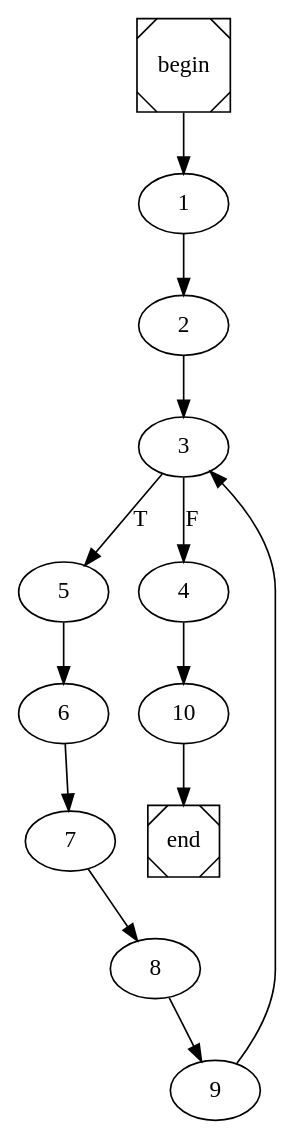
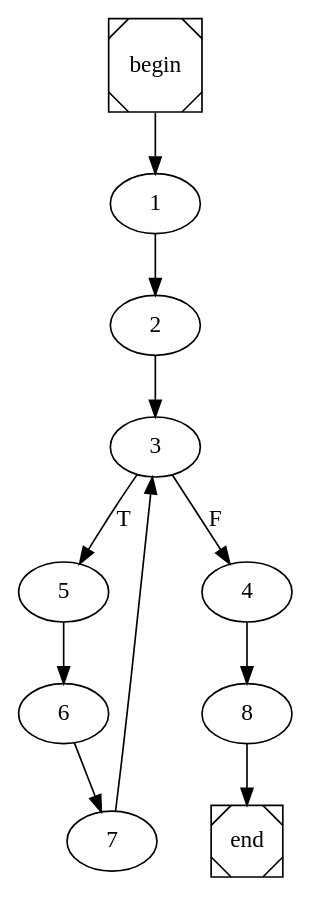
The diagram in pow_int_int.dot (arubenruben/JMM-Compiler), drawn with Graphviz before and after one commit. The commit also changed 14 other files, not shown here.

```diff
--- a/pow_int_int.dot
+++ b/pow_int_int.dot
@@ -1,4 +1,4 @@
 digraph cfg {
 	begin [shape=Msquare];
 	end [shape=Msquare];
-	begin -> 1;	1 -> 2;	2 -> 3;	3 -> 5[label=T];	3 -> 4[label=F];	4 -> 10;	5 -> 6;	6 -> 7;	7 -> 8;	8 -> 9;	9 -> 3;	10 -> end;}
+	begin -> 1;	1 -> 2;	2 -> 3;	3 -> 5[label=T];	3 -> 4[label=F];	4 -> 8;	5 -> 6;	6 -> 7;	7 -> 3;	8 -> end;}
```
